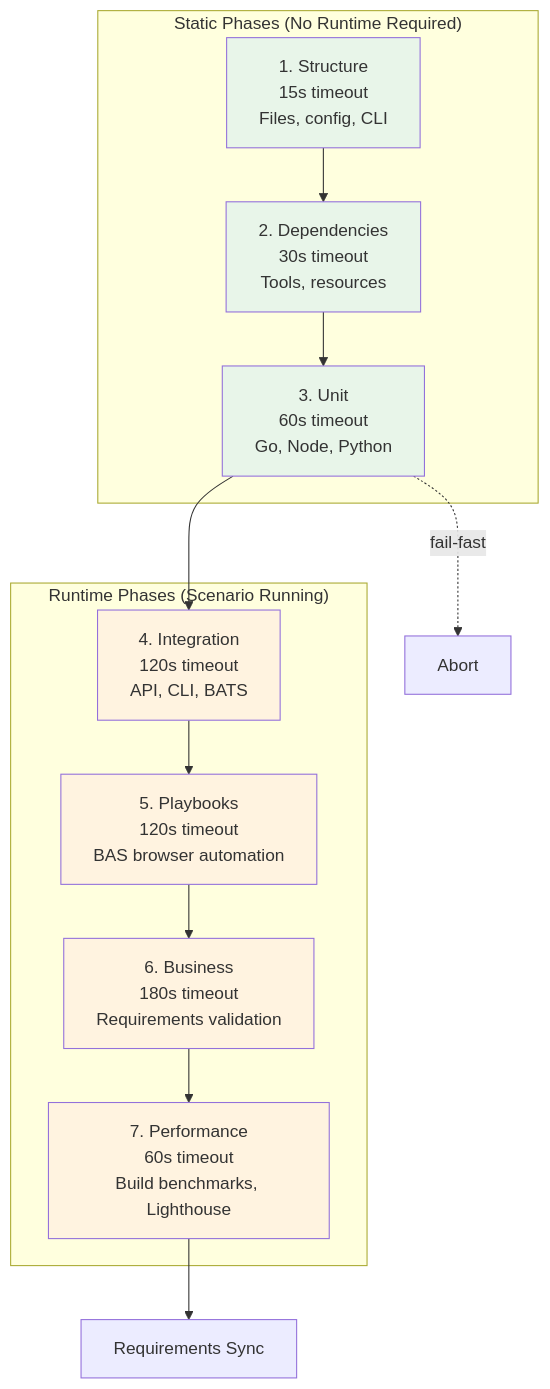
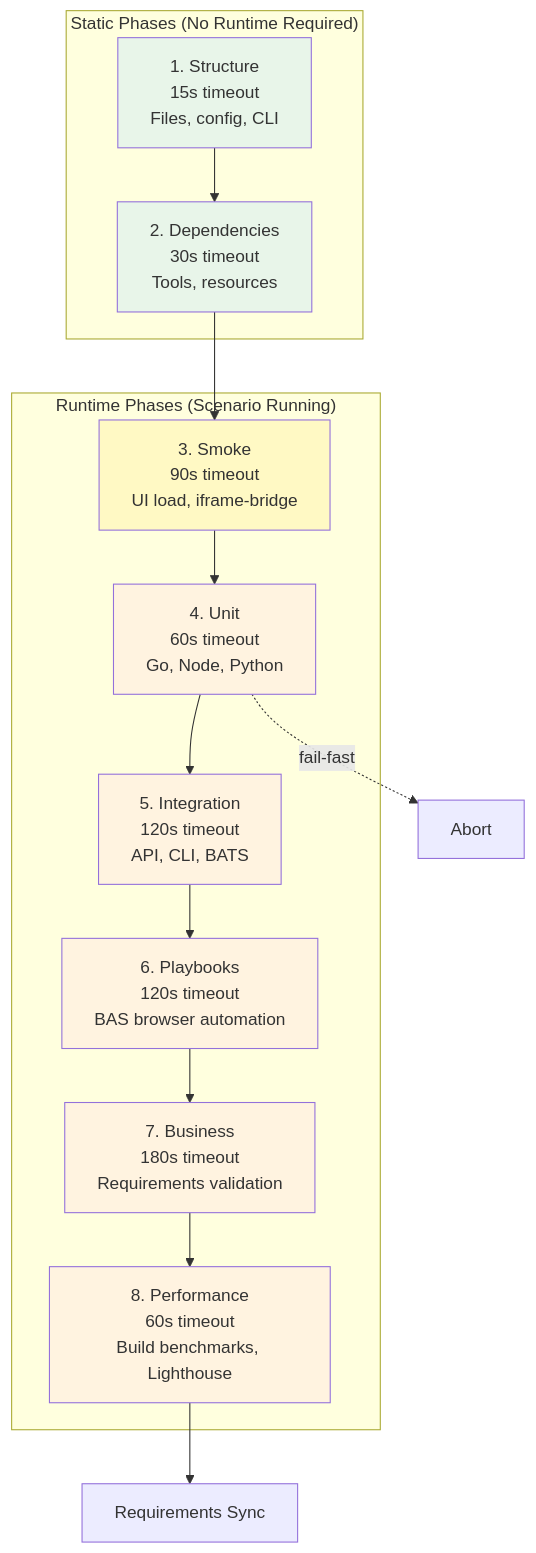
One commit to Vrooli/Vrooli changed the diagram in scenarios/test-genie/docs/phases/README.md. Above: the diagram before and after it, drawn with Mermaid. The commit also changed other lines of this file and 56 other files, not shown here.

````diff
--- a/scenarios/test-genie/docs/phases/README.md
+++ b/scenarios/test-genie/docs/phases/README.md
@@ -7,28 +7,30 @@
 ```mermaid
 graph TB
     subgraph "Static Phases (No Runtime Required)"
         P1[1. Structure<br/>15s timeout<br/>Files, config, CLI]
         P2[2. Dependencies<br/>30s timeout<br/>Tools, resources]
-        P3[3. Unit<br/>60s timeout<br/>Go, Node, Python]
     end
 
     subgraph "Runtime Phases (Scenario Running)"
-        P4[4. Integration<br/>120s timeout<br/>API, CLI, BATS]
-        P5[5. Playbooks<br/>120s timeout<br/>BAS browser automation]
-        P6[6. Business<br/>180s timeout<br/>Requirements validation]
-        P7[7. Performance<br/>60s timeout<br/>Build benchmarks, Lighthouse]
+        P3[3. Smoke<br/>90s timeout<br/>UI load, iframe-bridge]
+        P4[4. Unit<br/>60s timeout<br/>Go, Node, Python]
+        P5[5. Integration<br/>120s timeout<br/>API, CLI, BATS]
+        P6[6. Playbooks<br/>120s timeout<br/>BAS browser automation]
+        P7[7. Business<br/>180s timeout<br/>Requirements validation]
+        P8[8. Performance<br/>60s timeout<br/>Build benchmarks, Lighthouse]
     end
 
-    P1 --> P2 --> P3 --> P4 --> P5 --> P6 --> P7
+    P1 --> P2 --> P3 --> P4 --> P5 --> P6 --> P7 --> P8
 
-    P3 -.->|fail-fast| ABORT[Abort]
-    P7 --> SYNC[Requirements Sync]
+    P4 -.->|fail-fast| ABORT[Abort]
+    P8 --> SYNC[Requirements Sync]
 
     style P1 fill:#e8f5e9
     style P2 fill:#e8f5e9
-    style P3 fill:#e8f5e9
+    style P3 fill:#fff9c4
     style P4 fill:#fff3e0
     style P5 fill:#fff3e0
     style P6 fill:#fff3e0
     style P7 fill:#fff3e0
+    style P8 fill:#fff3e0
 ```
````
